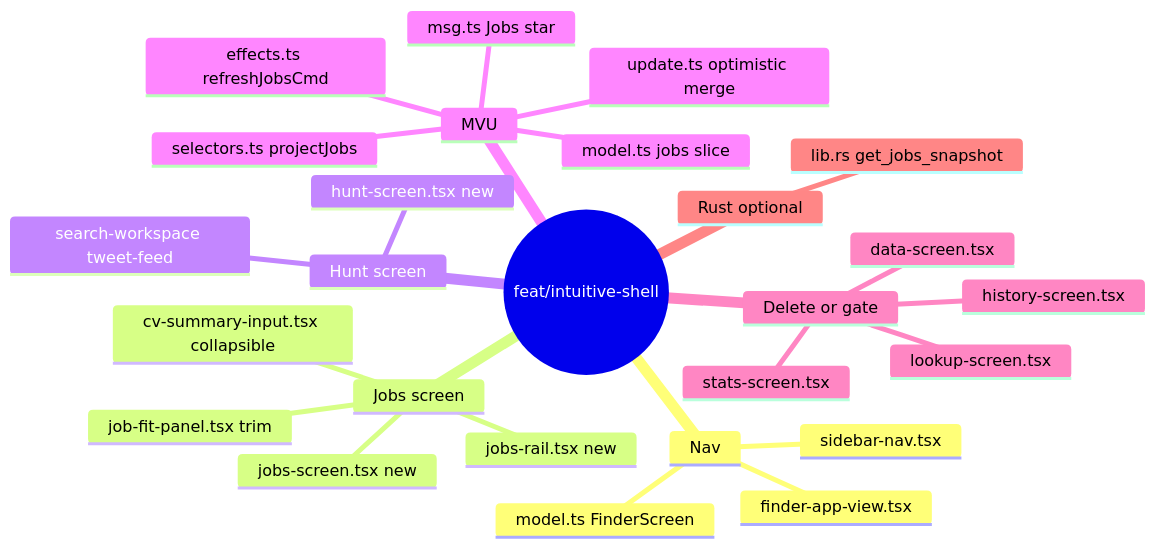
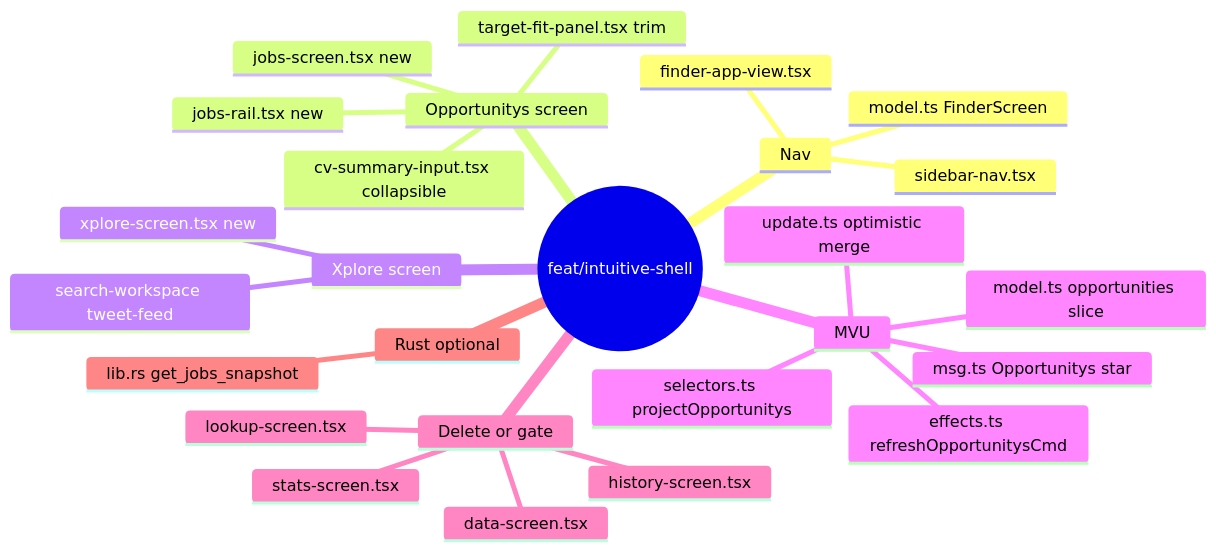
Diagram 11 of 13 in reports/single-pr-intuitive-product.md (p10ns11y/collab-finder), drawn with Mermaid before and after one commit. The commit also changed other lines of this file and 31 other files, not shown here.

First line of the commit message:
chore: deepest clean of legacy terminology (Job/JobTarget -> Opportunity/Target, Hunt -> Xplore)

````diff
--- a/reports/single-pr-intuitive-product.md
+++ b/reports/single-pr-intuitive-product.md
@@ -423,29 +423,29 @@
 ```mermaid
 mindmap
   root((feat/intuitive-shell))
     Nav
       sidebar-nav.tsx
       finder-app-view.tsx
       model.ts FinderScreen
-    Jobs screen
+    Opportunitys screen
       jobs-screen.tsx new
       jobs-rail.tsx new
-      job-fit-panel.tsx trim
+      target-fit-panel.tsx trim
       cv-summary-input.tsx collapsible
-    Hunt screen
-      hunt-screen.tsx new
+    Xplore screen
+      xplore-screen.tsx new
       search-workspace tweet-feed
     MVU
-      model.ts jobs slice
-      msg.ts Jobs star
+      model.ts opportunities slice
+      msg.ts Opportunitys star
       update.ts optimistic merge
-      effects.ts refreshJobsCmd
-      selectors.ts projectJobs
+      effects.ts refreshOpportunitysCmd
+      selectors.ts projectOpportunitys
     Delete or gate
       history-screen.tsx
       data-screen.tsx
       stats-screen.tsx
       lookup-screen.tsx
     Rust optional
       lib.rs get_jobs_snapshot
 ```
````
